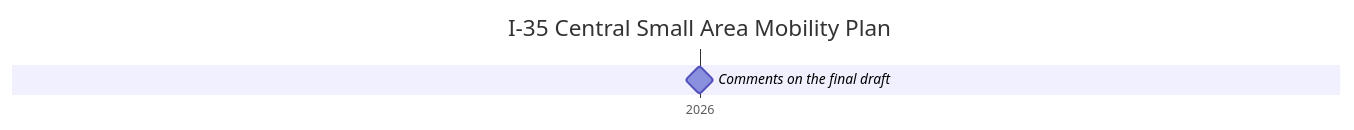
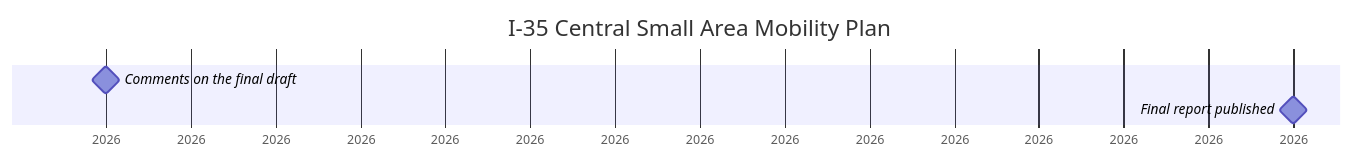
One commit to changesaroundme/calendars changed diagram 18 of 40 in docs/projects.md. Above: the diagram before and after it, drawn with Mermaid. The commit also changed other lines of this file and 1 other file, not shown here.

````diff
--- a/docs/projects.md
+++ b/docs/projects.md
@@ -320,7 +382,8 @@
 ```mermaid
 gantt
     title I-35 Central Small Area Mobility Plan
     dateFormat YYYY-MM-DD
     axisFormat %Y
     Comments on the final draft :milestone, p1, 2026-08-31, 0d
+    Final report published :milestone, p2, 2026-09-14, 0d
 ```
````
